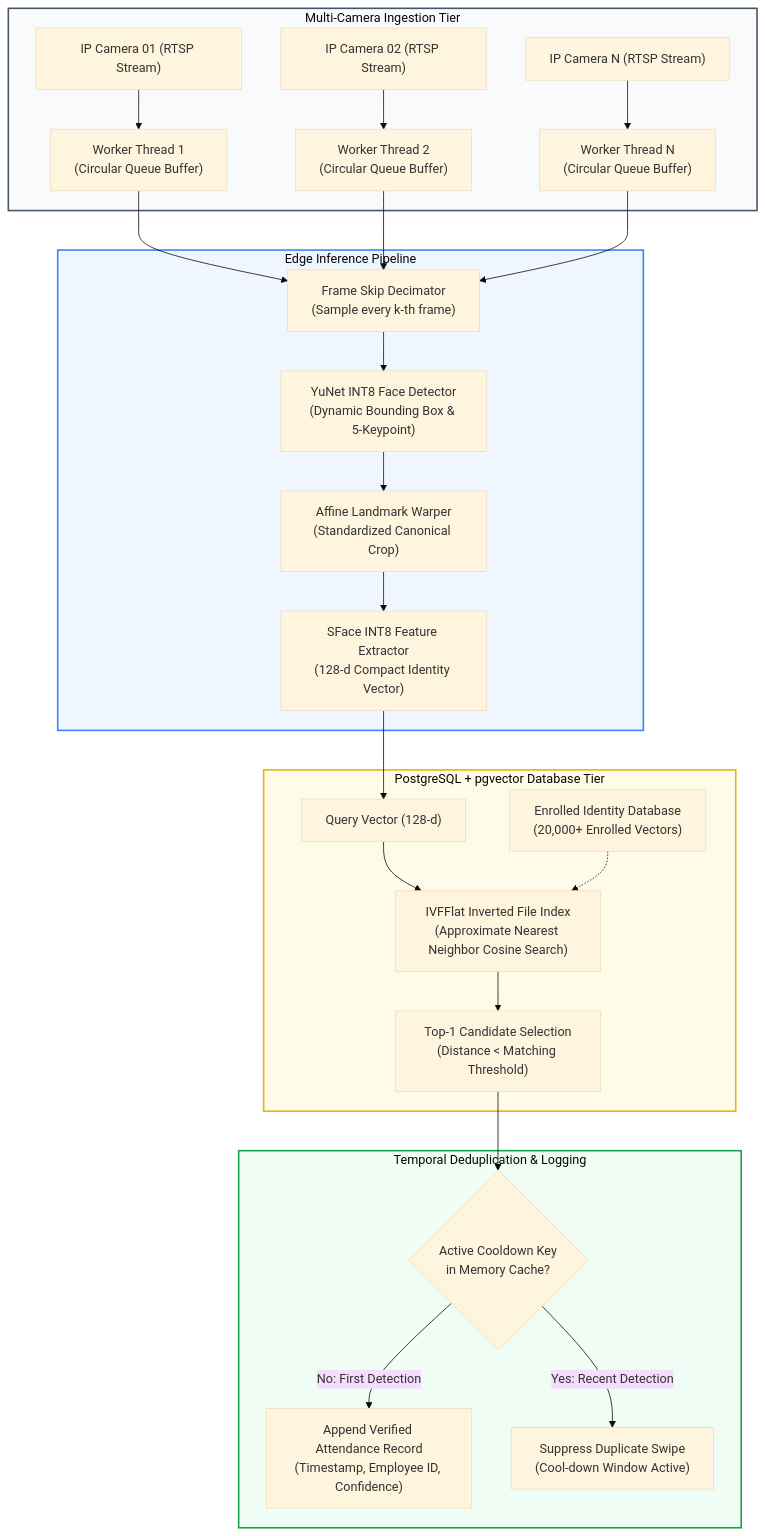
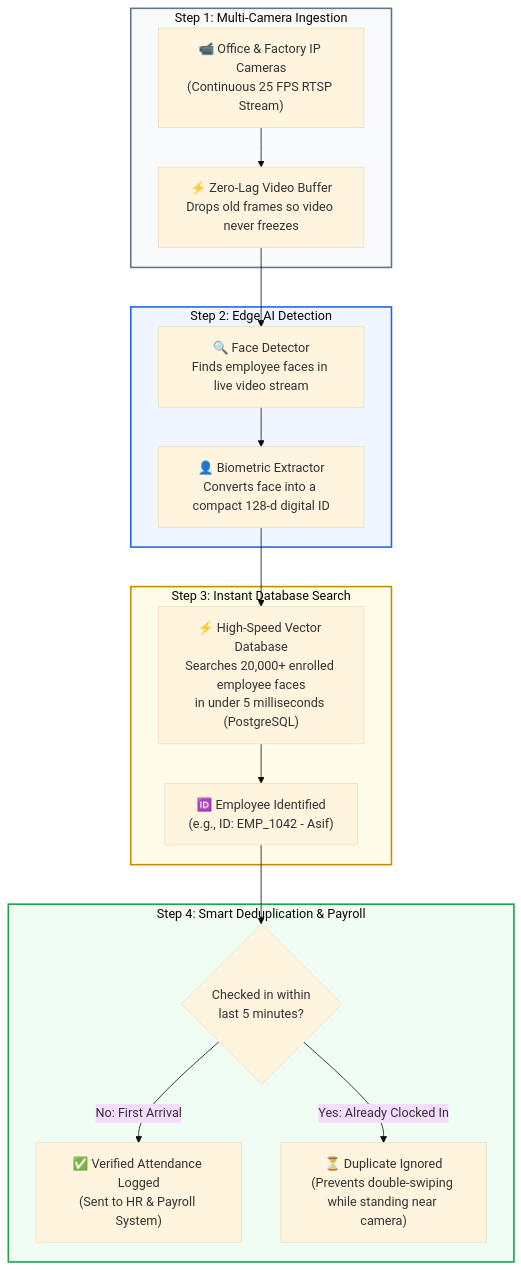
Before and after one commit to datawithAsif/Video-Analytics-Architecture-Portfolio: the diagram in diagrams/edge_rtsp_vector_search.mermaid, drawn with Mermaid (base theme). The commit also changed 9 other files, not shown here.

Commit message:
docs: redesign diagrams into intuitive, recruiter-friendly flowcharts

```diff
--- a/diagrams/edge_rtsp_vector_search.mermaid
+++ b/diagrams/edge_rtsp_vector_search.mermaid
@@ -1,52 +1,33 @@
 flowchart TD
-    subgraph Edge_Streaming ["Multi-Camera Ingestion Tier"]
-        CAM1["IP Camera 01 (RTSP Stream)"]
-        CAM2["IP Camera 02 (RTSP Stream)"]
-        CAMN["IP Camera N (RTSP Stream)"]
-        
-        TH1["Worker Thread 1\n(Circular Queue Buffer)"]
-        TH2["Worker Thread 2\n(Circular Queue Buffer)"]
-        THN["Worker Thread N\n(Circular Queue Buffer)"]
-        
-        CAM1 --> TH1
-        CAM2 --> TH2
-        CAMN --> THN
+    subgraph Step1 ["Step 1: Multi-Camera Ingestion"]
+        CAMS["📹 Office & Factory IP Cameras\n(Continuous 25 FPS RTSP Stream)"]
+        BUFFER["⚡ Zero-Lag Video Buffer\nDrops old frames so video never freezes"]
+        CAMS --> BUFFER
     end
 
-    subgraph Frame_Processing ["Edge Inference Pipeline"]
-        SKIP["Frame Skip Decimator\n(Sample every k-th frame)"]
-        YUNET["YuNet INT8 Face Detector\n(Dynamic Bounding Box & 5-Keypoint)"]
-        WARP["Affine Landmark Warper\n(Standardized Canonical Crop)"]
-        SFACE["SFace INT8 Feature Extractor\n(128-d Compact Identity Vector)"]
-        
-        TH1 --> SKIP
-        TH2 --> SKIP
-        THN --> SKIP
-        SKIP --> YUNET --> WARP --> SFACE
+    subgraph Step2 ["Step 2: Edge AI Detection"]
+        DETECT["🔍 Face Detector\nFinds employee faces in live video stream"]
+        EXTRACT["👤 Biometric Extractor\nConverts face into a compact 128-d digital ID"]
+        BUFFER --> DETECT --> EXTRACT
     end
 
-    subgraph Vector_Search_Tier ["PostgreSQL + pgvector Database Tier"]
-        EMBED["Query Vector (128-d)"]
-        IVF["IVFFlat Inverted File Index\n(Approximate Nearest Neighbor Cosine Search)"]
-        CORPUS["Enrolled Identity Database\n(20,000+ Enrolled Vectors)"]
-        TOP1["Top-1 Candidate Selection\n(Distance < Matching Threshold)"]
-        
-        SFACE --> EMBED --> IVF
-        CORPUS -.-> IVF
-        IVF --> TOP1
+    subgraph Step3 ["Step 3: Instant Database Search"]
+        SEARCH["⚡ High-Speed Vector Database\nSearches 20,000+ enrolled employee faces\nin under 5 milliseconds (PostgreSQL)"]
+        MATCHED["🆔 Employee Identified\n(e.g., ID: EMP_1042 - Asif)"]
+        EXTRACT --> SEARCH --> MATCHED
     end
 
-    subgraph State_Management ["Temporal Deduplication & Logging"]
-        CD_CHECK{"Active Cooldown Key\nin Memory Cache?"}
-        LOG["Append Verified Attendance Record\n(Timestamp, Employee ID, Confidence)"]
-        DISCARD["Suppress Duplicate Swipe\n(Cool-down Window Active)"]
+    subgraph Step4 ["Step 4: Smart Deduplication & Payroll"]
+        COOLDOWN{"Checked in within\nlast 5 minutes?"}
+        SAVE["✅ Verified Attendance Logged\n(Sent to HR & Payroll System)"]
+        IGNORE["⏳ Duplicate Ignored\n(Prevents double-swiping while standing near camera)"]
         
-        TOP1 --> CD_CHECK
-        CD_CHECK -->|No: First Detection| LOG
-        CD_CHECK -->|Yes: Recent Detection| DISCARD
+        MATCHED --> COOLDOWN
+        COOLDOWN -->|No: First Arrival| SAVE
+        COOLDOWN -->|Yes: Already Clocked In| IGNORE
     end
 
-    style Edge_Streaming fill:#f8fafc,stroke:#475569,stroke-width:2px
-    style Frame_Processing fill:#eff6ff,stroke:#3b82f6,stroke-width:2px
-    style Vector_Search_Tier fill:#fefce8,stroke:#eab308,stroke-width:2px
-    style State_Management fill:#f0fdf4,stroke:#16a34a,stroke-width:2px
+    style Step1 fill:#f8fafc,stroke:#64748b,stroke-width:2px
+    style Step2 fill:#eff6ff,stroke:#2563eb,stroke-width:2px
+    style Step3 fill:#fefce8,stroke:#ca8a04,stroke-width:2px
+    style Step4 fill:#f0fdf4,stroke:#16a34a,stroke-width:2px
```
